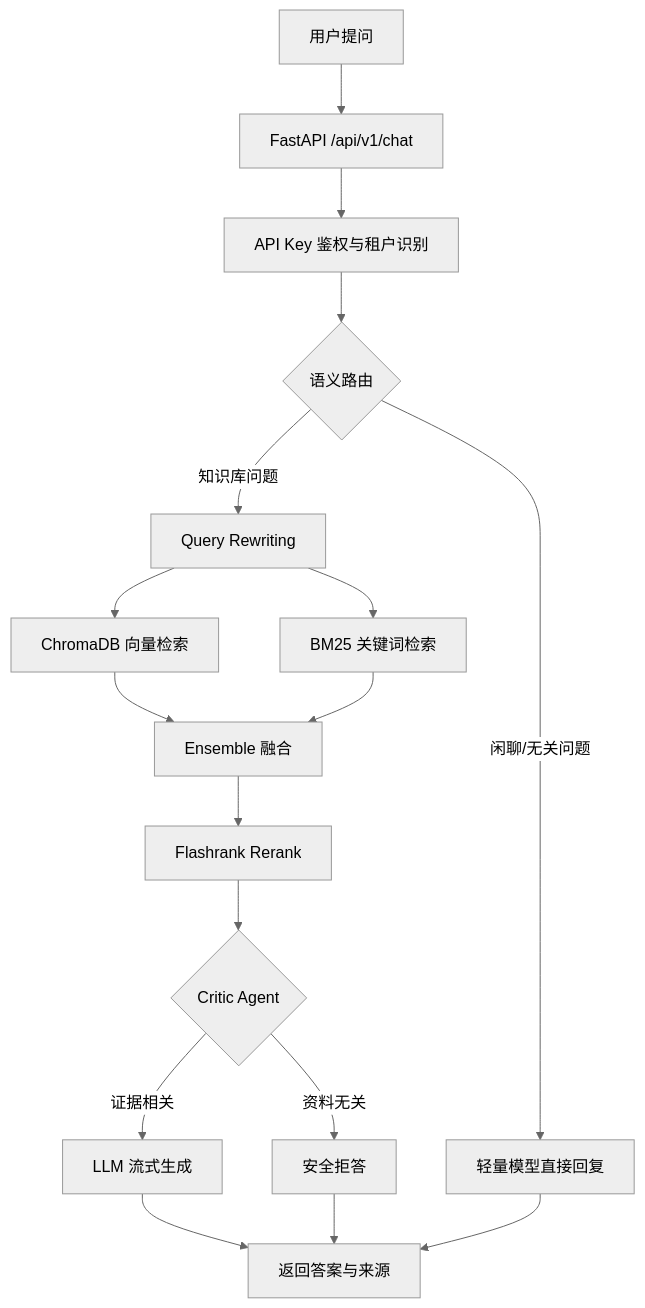
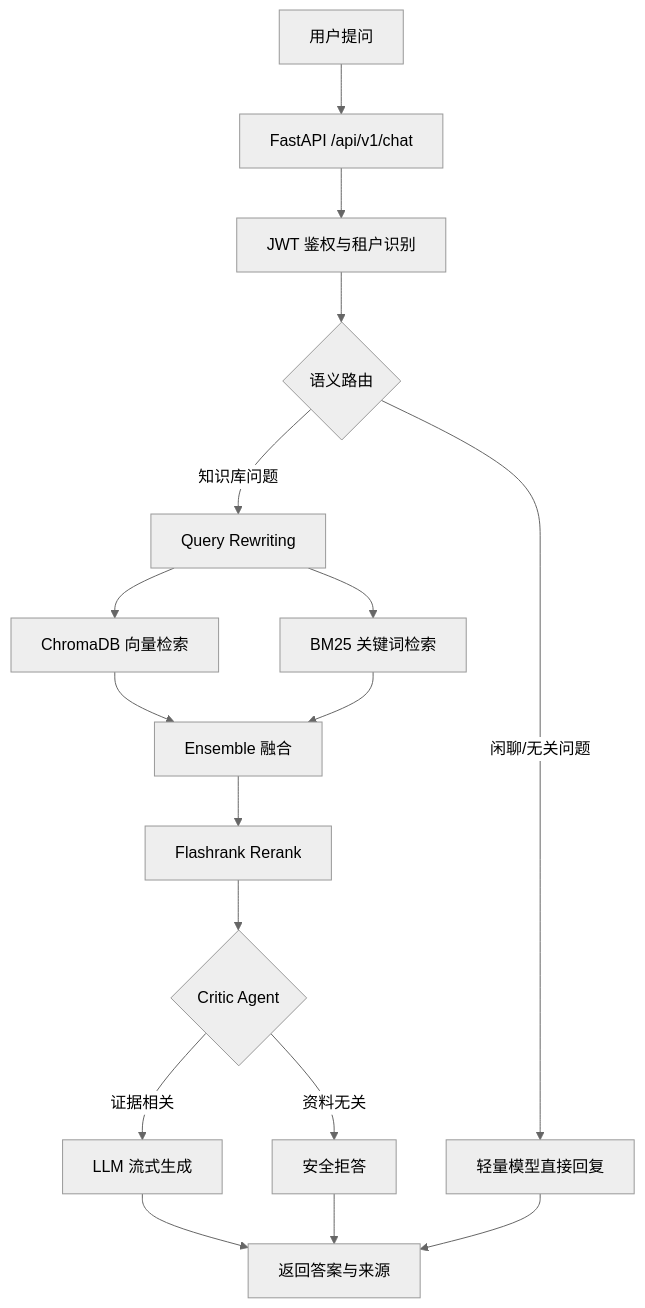
The second of 2 diagrams in README.md (Autumn8001/Rag), drawn with Mermaid (neutral theme) before and after one commit. The commit also changed other lines of this file and 33 other files, not shown here.

````diff
--- a/README.md
+++ b/README.md
@@ -99,19 +101,19 @@
 ```mermaid
 graph TD
     A[用户提问] --> B[FastAPI /api/v1/chat]
-    B --> Auth[API Key 鉴权与租户识别]
+    B --> Auth[JWT 鉴权与租户识别]
     Auth --> C{语义路由}
     C -->|知识库问题| D[Query Rewriting]
     C -->|闲聊/无关问题| E[轻量模型直接回复]
     D --> F[ChromaDB 向量检索]
     D --> G[BM25 关键词检索]
     F --> H[Ensemble 融合]
     G --> H
     H --> I[Flashrank Rerank]
     I --> J{Critic Agent}
     J -->|证据相关| K[LLM 流式生成]
     J -->|资料无关| L[安全拒答]
     K --> M[返回答案与来源]
     E --> M
     L --> M
 ```
````
